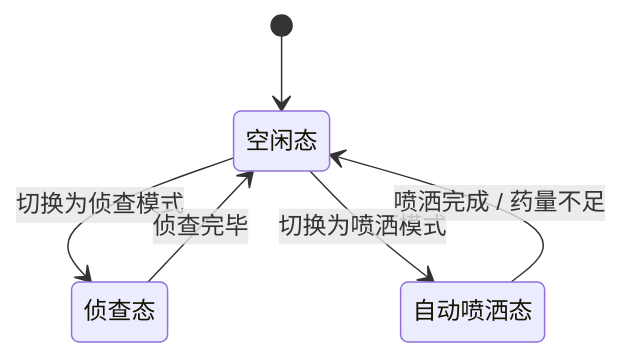
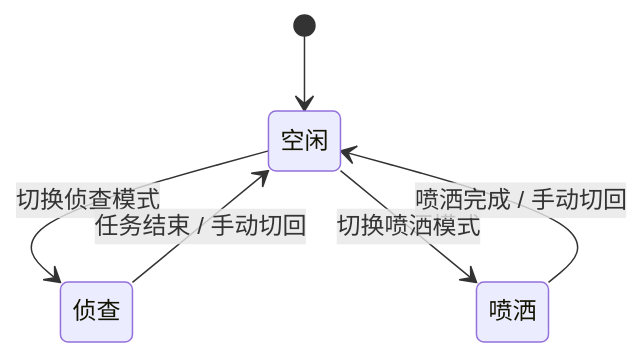
One commit to HuajiMC6/Drone_Farm changed the second of 3 diagrams in README.md. Above: the diagram before and after it, drawn with Mermaid. The commit also changed other lines of this file, not shown here.

````diff
--- a/README.md
+++ b/README.md
@@ -122,8 +123,8 @@
 ```mermaid
 stateDiagram-v2
-    [*] --> 空闲态
-    空闲态 --> 侦查态: 切换为侦查模式
-    空闲态 --> 自动喷洒态: 切换为喷洒模式
-    侦查态 --> 空闲态: 侦查完毕
-    自动喷洒态 --> 空闲态: 喷洒完成 / 药量不足
+    [*] --> 空闲
+    空闲 --> 侦查: 切换侦查模式
+    空闲 --> 喷洒: 切换喷洒模式
+    侦查 --> 空闲: 任务结束 / 手动切回
+    喷洒 --> 空闲: 喷洒完成 / 手动切回
 ```
````
